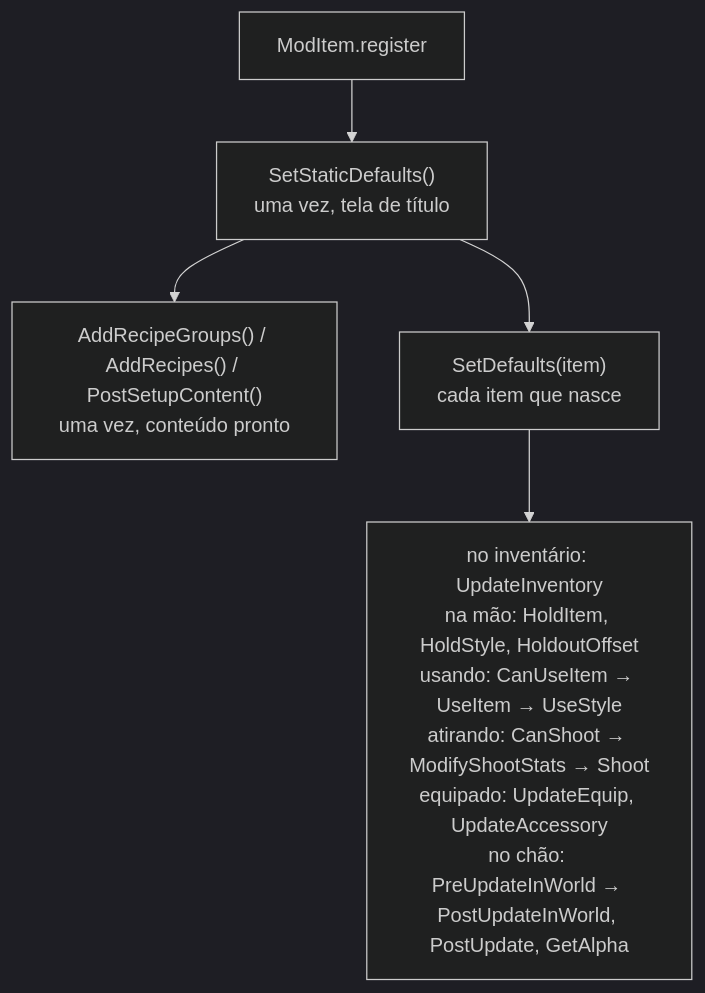
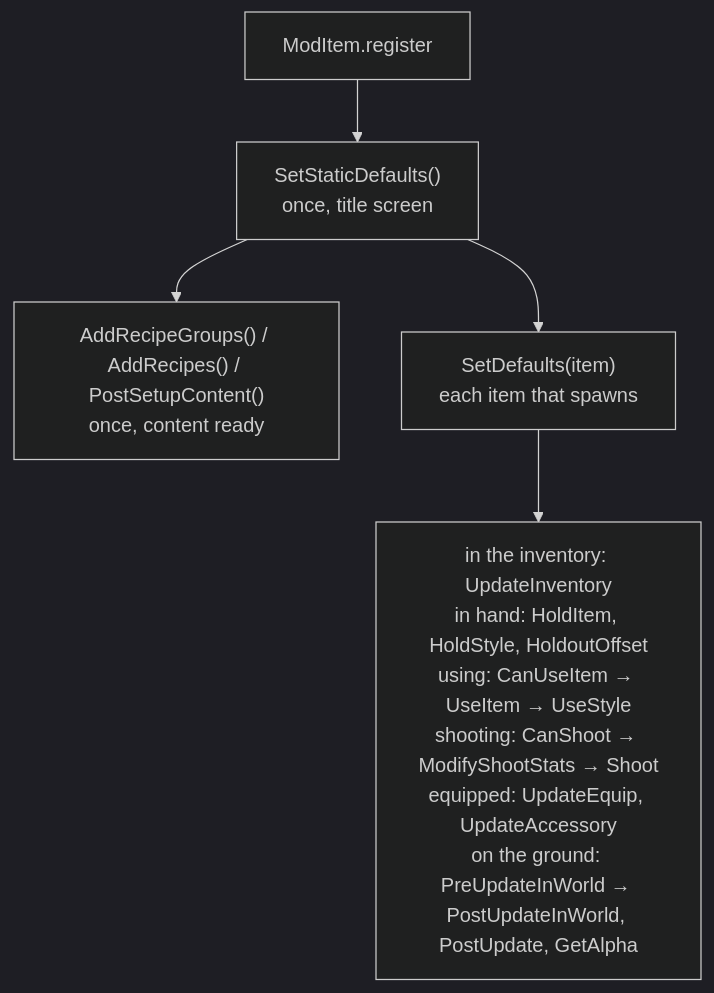
The diagram in docs/mods/05-itens.md (JonataOliveiraa/Bunny-Loader), drawn with Mermaid (dark theme) before and after one commit. The commit also changed other lines of this file and 89 other files, not shown here.

````diff
--- a/docs/mods/05-itens.md
+++ b/docs/mods/05-itens.md
@@ -43,7 +43,7 @@
 ```mermaid
 flowchart TD
-    R["ModItem.register"] --> S["SetStaticDefaults()<br/>uma vez, tela de título"]
-    S --> P["AddRecipeGroups() / AddRecipes() / PostSetupContent()<br/>uma vez, conteúdo pronto"]
-    S --> D["SetDefaults(item)<br/>cada item que nasce"]
-    D --> U["no inventário: UpdateInventory<br/>na mão: HoldItem, HoldStyle, HoldoutOffset<br/>usando: CanUseItem → UseItem → UseStyle<br/>atirando: CanShoot → ModifyShootStats → Shoot<br/>equipado: UpdateEquip, UpdateAccessory<br/>no chão: PreUpdateInWorld → PostUpdateInWorld, PostUpdate, GetAlpha"]
+    R["ModItem.register"] --> S["SetStaticDefaults()<br/>once, title screen"]
+    S --> P["AddRecipeGroups() / AddRecipes() / PostSetupContent()<br/>once, content ready"]
+    S --> D["SetDefaults(item)<br/>each item that spawns"]
+    D --> U["in the inventory: UpdateInventory<br/>in hand: HoldItem, HoldStyle, HoldoutOffset<br/>using: CanUseItem → UseItem → UseStyle<br/>shooting: CanShoot → ModifyShootStats → Shoot<br/>equipped: UpdateEquip, UpdateAccessory<br/>on the ground: PreUpdateInWorld → PostUpdateInWorld, PostUpdate, GetAlpha"]
 ```
````
